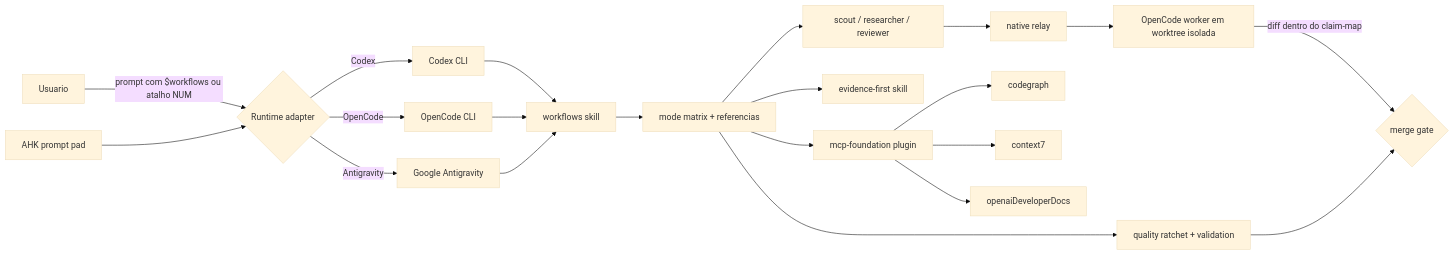
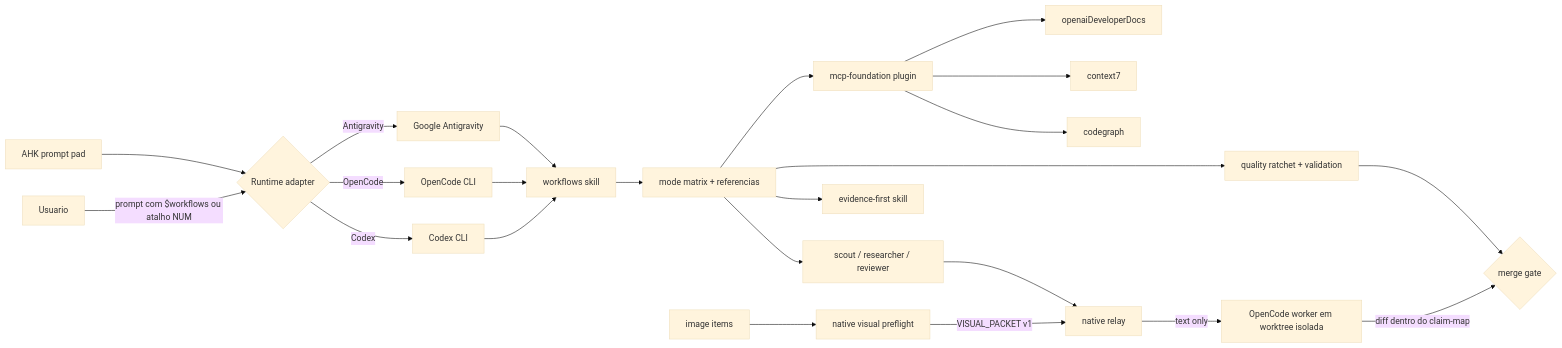
Before and after one commit to CheekyCodexConjurer/codex-workflows-kit: the first of 2 diagrams in docs/architecture.md, drawn with Mermaid (base theme). The commit also changed other lines of this file and 19 other files, not shown here.

First line of the commit message:
feat(workflows): harden native sub-agent relay contracts

````diff
--- a/docs/architecture.md
+++ b/docs/architecture.md
@@ -129,23 +132,25 @@
 ```mermaid
 flowchart LR
     USER["Usuario"] -->|"prompt com $workflows ou atalho NUM"| RUNTIME{"Runtime adapter"}
     AHK["AHK prompt pad"] --> RUNTIME
     RUNTIME -->|Codex| CODEX["Codex CLI"]
     RUNTIME -->|OpenCode| OPC["OpenCode CLI"]
     RUNTIME -->|Antigravity| ANT["Google Antigravity"]
     CODEX --> SKILL["workflows skill"]
     OPC --> SKILL
     ANT --> SKILL
     SKILL --> MM["mode matrix + referencias"]
     MM --> SUB["scout / researcher / reviewer"]
     SUB --> RELAY["native relay"]
-    RELAY --> WORKER["OpenCode worker em worktree isolada"]
+    IMG["image items"] --> VISION["native visual preflight"]
+    VISION -->|"VISUAL_PACKET v1"| RELAY
+    RELAY -->|"text only"| WORKER["OpenCode worker em worktree isolada"]
     MM --> EF["evidence-first skill"]
     MM --> RATCHET["quality ratchet + validation"]
     MM --> MCP["mcp-foundation plugin"]
     MCP --> CG["codegraph"]
     MCP --> C7["context7"]
     MCP --> OD["openaiDeveloperDocs"]
     WORKER -->|"diff dentro do claim-map"| GATE{"merge gate"}
     RATCHET --> GATE
 ```
````
